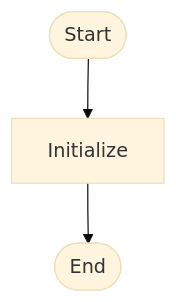
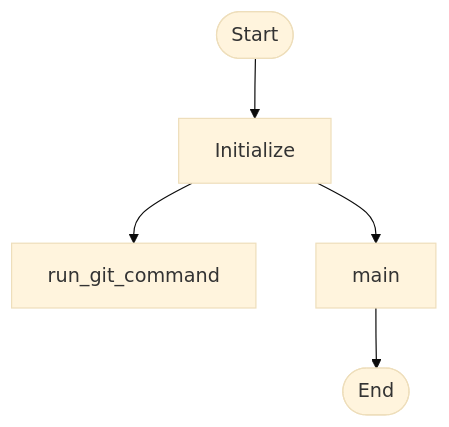
One commit to zepfu/repo-standards changed the first of 8 diagrams in docs/auto/ARCHITECTURE_AUTO.md. Above: the diagram before and after it, drawn with Mermaid (base theme). The commit also changed other lines of this file and 2 other files, not shown here.

````diff
--- a/docs/auto/ARCHITECTURE_AUTO.md
+++ b/docs/auto/ARCHITECTURE_AUTO.md
@@ -27,5 +27,7 @@
 ```mermaid
 flowchart TD
     Start([Start]) --> Init[Initialize]
-    Init --> End([End])
+    Init --> rungitcommand[run_git_command]
+    Init --> main[main]
+    main --> End([End])
 ```
````
